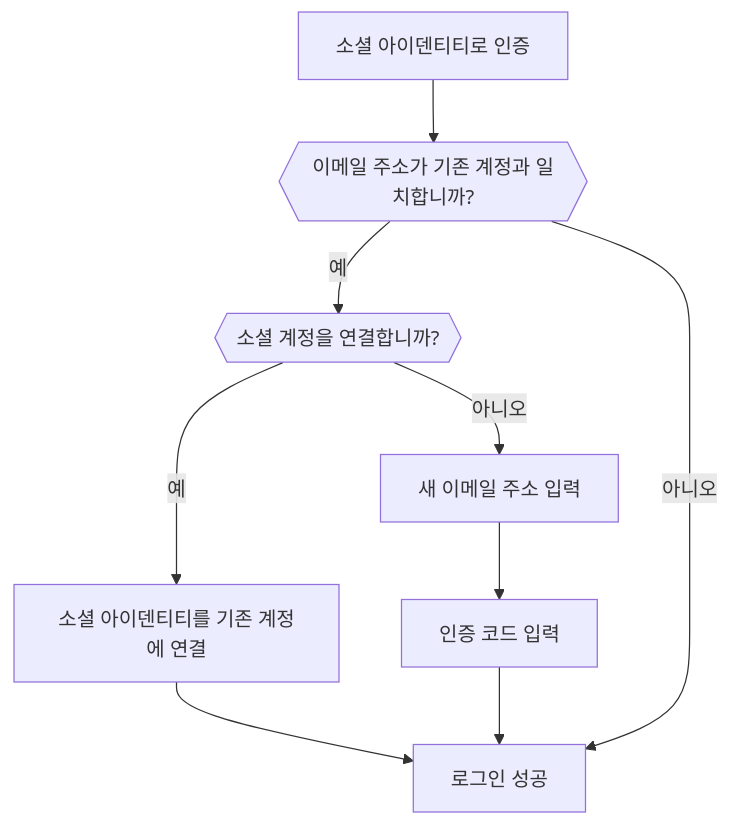
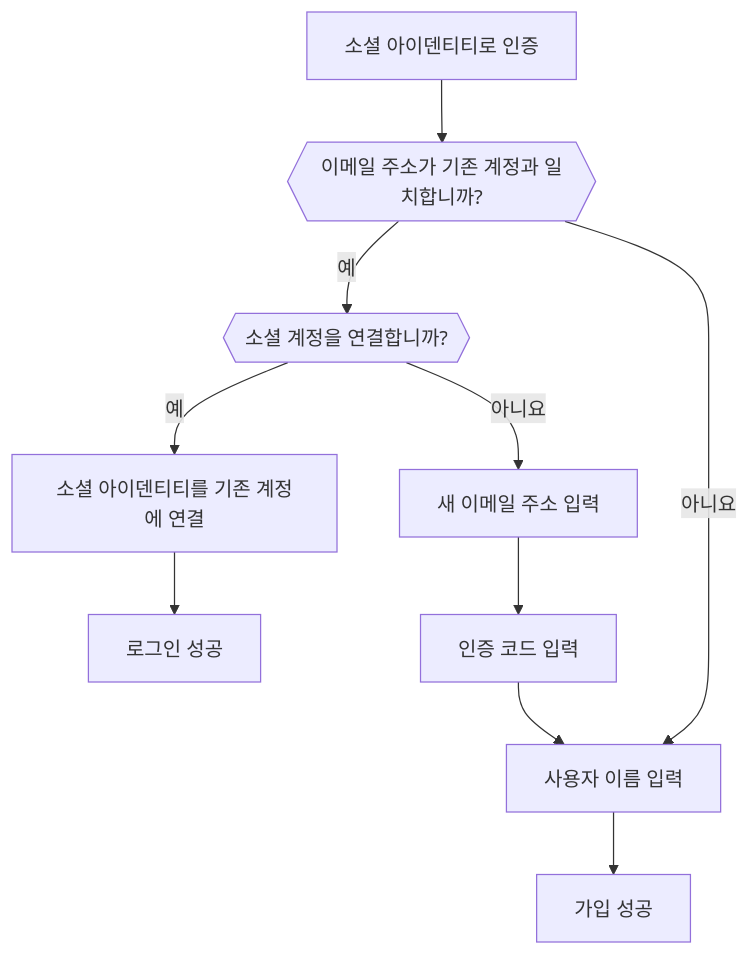
One commit to logto-io/docs changed the sixth of 6 diagrams in i18n/ko/docusaurus-plugin-content-docs/current/end-user-flows/sign-up-and-sign-in/social-sign-in.mdx. Above: the diagram before and after it, drawn with Mermaid. The commit also changed other lines of this file and 407 other files, not shown here.

````diff
--- a/i18n/ko/docusaurus-plugin-content-docs/current/end-user-flows/sign-up-and-sign-in/social-sign-in.mdx
+++ b/i18n/ko/docusaurus-plugin-content-docs/current/end-user-flows/sign-up-and-sign-in/social-sign-in.mdx
@@ -159,11 +159,12 @@
    ```mermaid
       flowchart TD
        A[소셜 아이덴티티로 인증] --> B{{이메일 주소가 기존 계정과 일치합니까?}}
        B -- 예 --> C{{소셜 계정을 연결합니까?}}
        C -- 예 --> D[소셜 아이덴티티를 기존 계정에 연결]
        D --> E[로그인 성공]
-       C -- 아니오 --> F[새 이메일 주소 입력]
+       C -- 아니요 --> F[새 이메일 주소 입력]
        F --> G[인증 코드 입력]
-       G --> E
-       B -- 아니오 --> E
+       G --> H[사용자 이름 입력]
+       H --> I[가입 성공]
+       B -- 아니요 --> H
    ```
````
